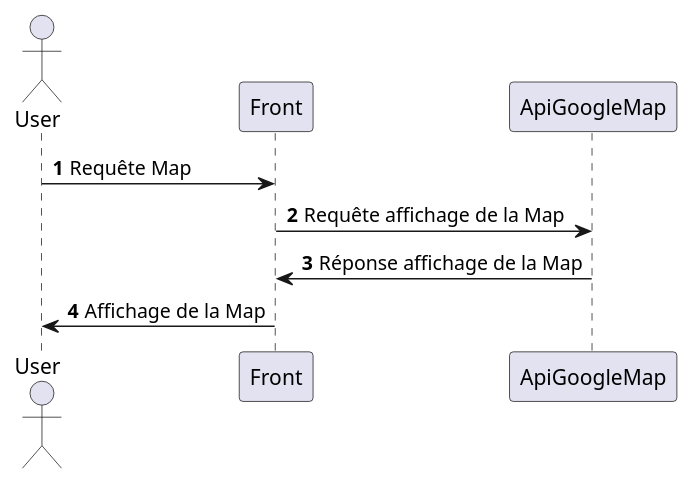
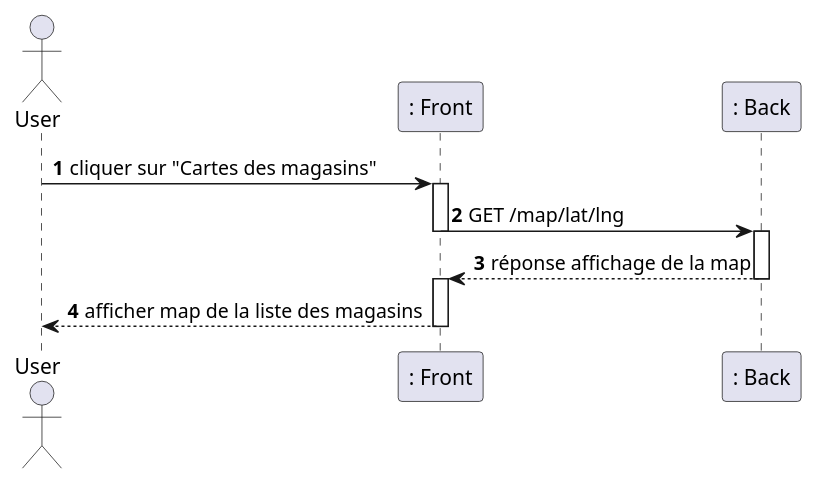
One commit to romainvacheret/wadge-backend changed the diagram in docs/diagram/sequence/SequenceDiagramMap.puml. Above: the diagram before and after it, drawn with PlantUML. The commit also changed 2 other files, not shown here.

Commit message:
doc: update diagram sequence for carte and recipes

```diff
--- a/docs/diagram/sequence/SequenceDiagramMap.puml
+++ b/docs/diagram/sequence/SequenceDiagramMap.puml
@@ -1,8 +1,17 @@
 @startuml
 autonumber
 actor User
-User -> Front: Requête Map
-Front -> ApiGoogleMap: Requête affichage de la Map
-ApiGoogleMap->Front: Réponse affichage de la Map
-Front -> User: Affichage de la Map
+participant ": Front" as frontend
+participant ": Back" as backend
+
+User -> frontend: cliquer sur "Cartes des magasins"
+activate frontend
+frontend ->backend:GET /map/lat/lng
+deactivate frontend
+activate backend
+backend-->frontend: réponse affichage de la map
+deactivate backend
+activate frontend
+frontend --> User: afficher map de la liste des magasins
+deactivate frontend
 @enduml
```
